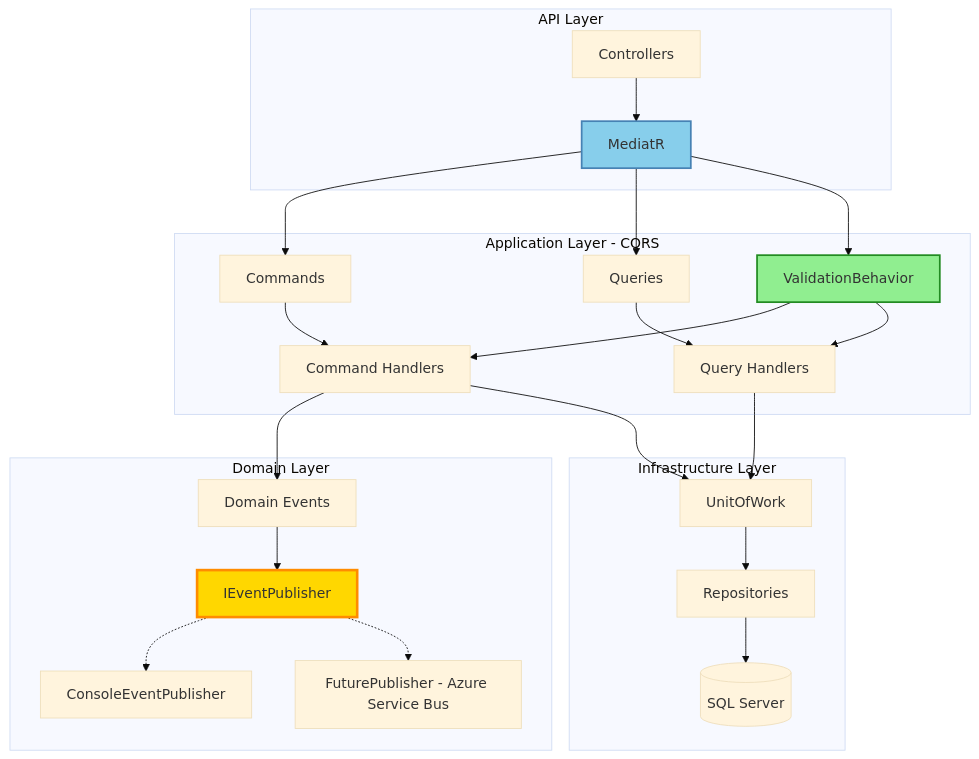
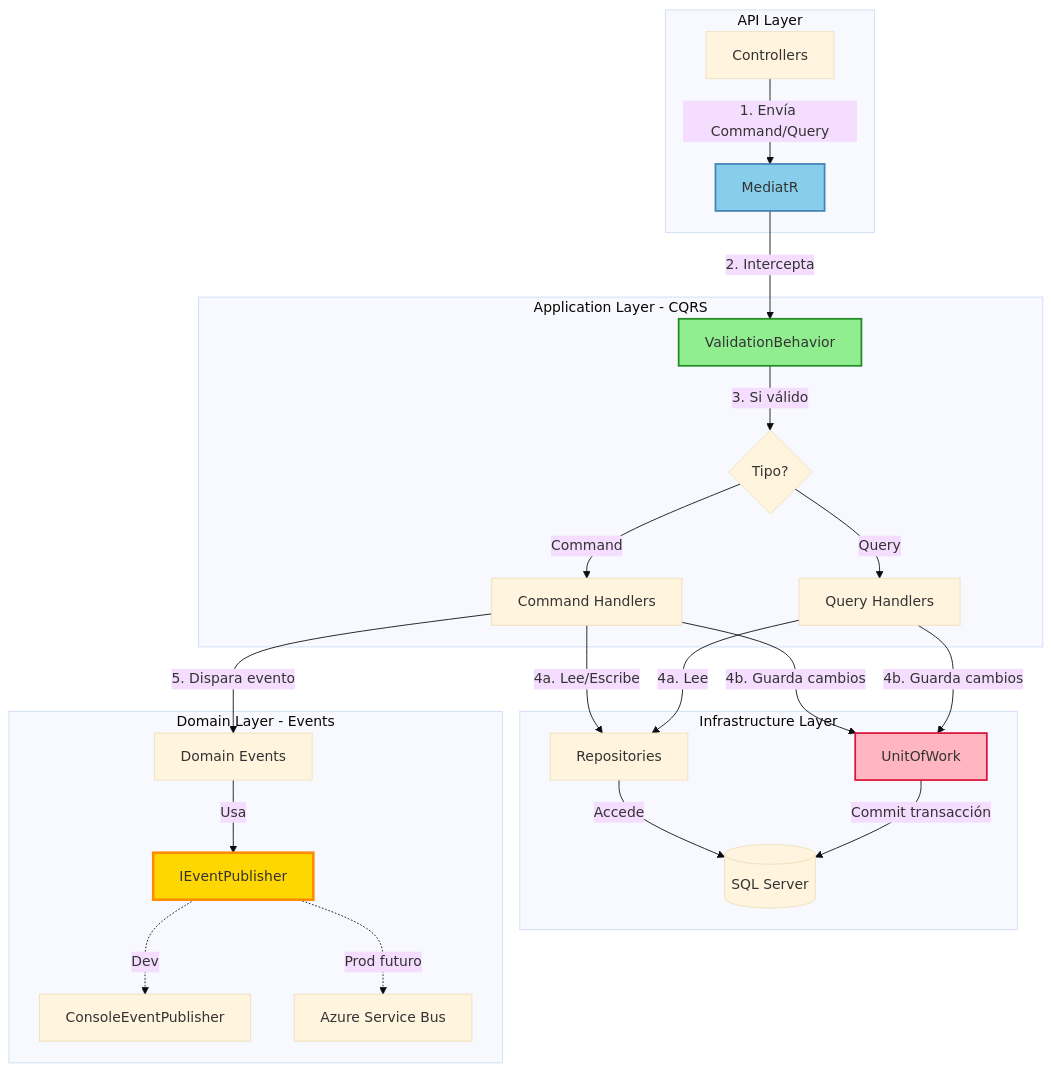
Before and after one commit to Kvr0th3c4t/InventoryAPI-CQRS: the diagram in README.md, drawn with Mermaid (base theme). The commit also changed other lines of this file, not shown here.

Commit message:
Enhance README with clearer API flow and decisions
Updated README to improve clarity and detail in the API flow and technical decisions.

````diff
--- a/README.md
+++ b/README.md
@@ -28,34 +27,35 @@
 ```mermaid
 graph TB
     subgraph "API Layer"
-        A[Controllers] --> B[MediatR]
+        A[Controllers] -->|1. Envía Command/Query| B[MediatR]
     end
     
     subgraph "Application Layer - CQRS"
-        B --> C[Commands]
-        B --> D[Queries]
-        C --> E[Command Handlers]
-        D --> F[Query Handlers]
-        B --> G[ValidationBehavior]
-        G --> E
-        G --> F
-    end
-    
-    subgraph "Domain Layer"
-        E --> H[Domain Events]
-        H --> I[IEventPublisher]
-        I -.-> J[ConsoleEventPublisher]
-        I -.-> K[FuturePublisher - Azure Service Bus]
+        B -->|2. Intercepta| G[ValidationBehavior]
+        G -->|3. Si válido| C{Tipo?}
+        C -->|Command| E[Command Handlers]
+        C -->|Query| F[Query Handlers]
     end
     
     subgraph "Infrastructure Layer"
-        E --> L[UnitOfWork]
-        F --> L
-        L --> M[Repositories]
-        M --> N[(SQL Server)]
+        E -->|4a. Lee/Escribe| M[Repositories]
+        F -->|4a. Lee| M
+        M -->|Accede| N[(SQL Server)]
+        
+        E -->|4b. Guarda cambios| L[UnitOfWork]
+        F -->|4b. Guarda cambios| L
+        L -->|Commit transacción| N
+    end
+    
+    subgraph "Domain Layer - Events"
+        E -->|5. Dispara evento| H[Domain Events]
+        H -->|Usa| I[IEventPublisher]
+        I -.->|Dev| J[ConsoleEventPublisher]
+        I -.->|Prod futuro| K[Azure Service Bus]
     end
     
     style I fill:#FFD700,stroke:#FF8C00,stroke-width:3px
     style G fill:#90EE90,stroke:#228B22,stroke-width:2px
     style B fill:#87CEEB,stroke:#4682B4,stroke-width:2px
+    style L fill:#FFB6C1,stroke:#DC143C,stroke-width:2px
 ```
````
